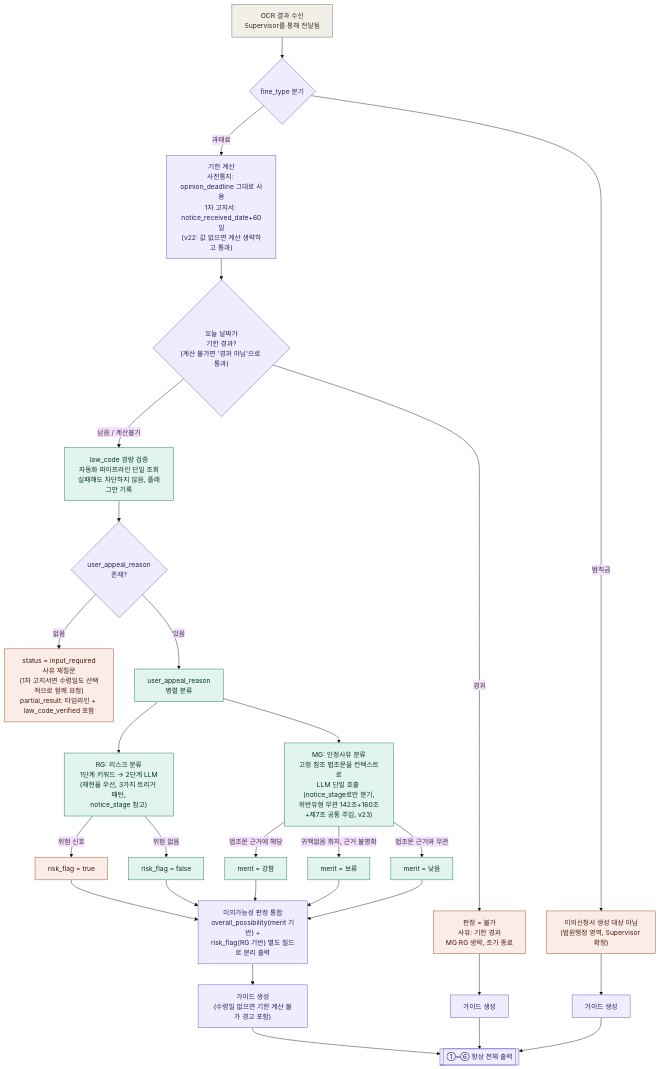
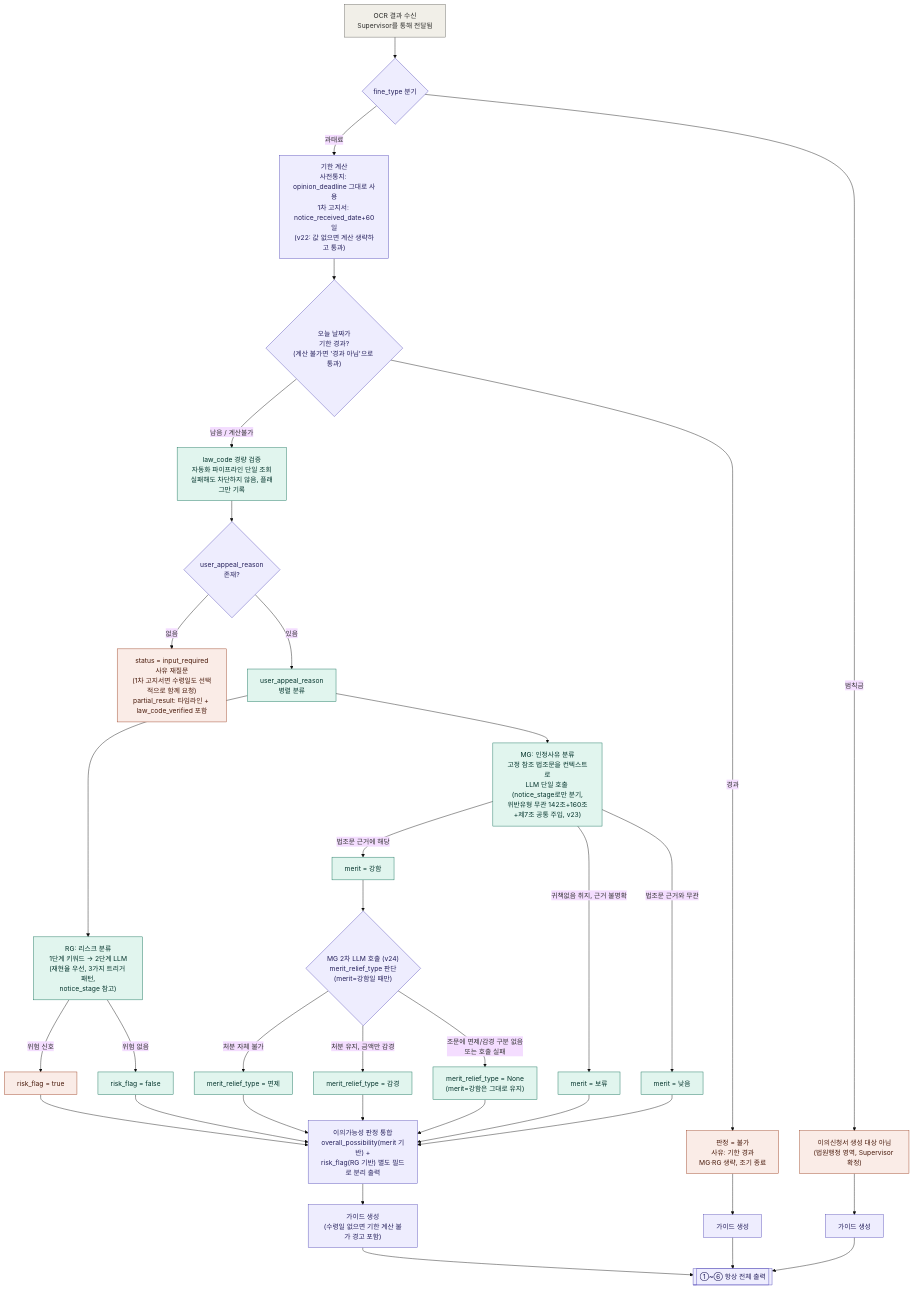
Before and after one commit to SKNETWORKS-FAMILY-AICAMP/SKN27-FINAL-3Team: the first of 2 diagrams in docs/architecture/appeal-judgment/이의가능성_판단_에이전트_설계정리.md, drawn with Mermaid (base theme). The commit also changed other lines of this file and 3 other files, not shown here.

````diff
--- a/docs/architecture/appeal-judgment/이의가능성_판단_에이전트_설계정리.md
+++ b/docs/architecture/appeal-judgment/이의가능성_판단_에이전트_설계정리.md
@@ -28,52 +28,59 @@
 ```mermaid
 flowchart TD
     A["OCR 결과 수신<br/>Supervisor를 통해 전달됨"]
     A --> B{"fine_type 분기"}
 
     B -->|"범칙금"| D["이의신청서 생성 대상 아님<br/>(법원행정 영역, Supervisor 확정)"]
     B -->|"과태료"| DL["기한 계산<br/>사전통지: opinion_deadline 그대로 사용<br/>1차 고지서: notice_received_date+60일<br/>(v22: 값 없으면 계산 생략하고 통과)"]
 
     DL --> DCHK{"오늘 날짜가<br/>기한 경과?<br/>(계산 불가면 '경과 아님'으로 통과)"}
     DCHK -->|"경과"| DENY["판정 = 불가<br/>사유: 기한 경과<br/>MG·RG 생략, 조기 종료"]
     DCHK -->|"남음 / 계산불가"| LDB_CHECK["law_code 경량 검증<br/>자동화 파이프라인 단일 조회<br/>실패해도 차단하지 않음, 플래그만 기록"]
     LDB_CHECK --> CHK_REASON{"user_appeal_reason<br/>존재?"}
     CHK_REASON -->|"없음"| INPUT_REQ["status = input_required<br/>사유 재질문<br/>(1차 고지서면 수령일도 선택적으로 함께 요청)<br/>partial_result: 타임라인 + law_code_verified 포함"]
     CHK_REASON -->|"있음"| PARALLEL["user_appeal_reason<br/>병렬 분류"]
 
     PARALLEL --> RG["RG: 리스크 분류<br/>1단계 키워드 → 2단계 LLM<br/>(재현율 우선, 3가지 트리거 패턴,<br/>notice_stage 참고)"]
     PARALLEL --> MG["MG: 인정사유 분류<br/>고정 참조 법조문을 컨텍스트로<br/>LLM 단일 호출 (notice_stage로만 분기,<br/>위반유형 무관 142조+160조+제7조 공통 주입, v23)"]
 
     RG -->|"위험 신호"| RISK["risk_flag = true"]
     RG -->|"위험 없음"| SAFE["risk_flag = false"]
 
     MG -->|"법조문 근거에 해당"| M_HIGH["merit = 강함"]
     MG -->|"귀책없음 취지, 근거 불명확"| M_HOLD["merit = 보류"]
     MG -->|"법조문 근거와 무관"| M_LOW["merit = 낮음"]
 
-    RISK & SAFE & M_HIGH & M_HOLD & M_LOW --> E["이의가능성 판정 통합<br/>overall_possibility(merit 기반) +<br/>risk_flag(RG 기반) 별도 필드로 분리 출력"]
+    M_HIGH --> REL{"MG 2차 LLM 호출 (v24)<br/>merit_relief_type 판단<br/>(merit=강함일 때만)"}
+    REL -->|"처분 자체 불가"| REL_EXEMPT["merit_relief_type = 면제"]
+    REL -->|"처분 유지, 금액만 감경"| REL_REDUCE["merit_relief_type = 감경"]
+    REL -->|"조문에 면제/감경 구분 없음<br/>또는 호출 실패"| REL_NONE["merit_relief_type = None<br/>(merit=강함은 그대로 유지)"]
+
+    RISK & SAFE & REL_EXEMPT & REL_REDUCE & REL_NONE & M_HOLD & M_LOW --> E["이의가능성 판정 통합<br/>overall_possibility(merit 기반) +<br/>risk_flag(RG 기반) 별도 필드로 분리 출력"]
 
     DENY --> G2["가이드 생성"]
     E --> G["가이드 생성<br/>(수령일 없으면 기한 계산 불가 경고 포함)"]
     D --> G3["가이드 생성"]
 
     G & G2 & G3 --> GOUT[["①~⑥ 항상 전체 출력"]]
 
     classDef input fill:#F1EFE8,stroke:#5F5E5A,color:#2C2C2A;
     classDef decision fill:#EEEDFE,stroke:#534AB7,color:#26215C;
     classDef track fill:#E1F5EE,stroke:#0F6E56,color:#04342C;
     classDef risk fill:#FAECE7,stroke:#993C1D,color:#4A1B0C;
     classDef safe fill:#E1F5EE,stroke:#0F6E56,color:#04342C;
     classDef output fill:#EEEDFE,stroke:#534AB7,color:#26215C;
     classDef excluded fill:#FAECE7,stroke:#993C1D,color:#4A1B0C;
 
     class A input;
     class B,DCHK,CHK_REASON decision;
     class DL decision;
     class PARALLEL,RG,MG track;
     class D,DENY,INPUT_REQ excluded;
     class LDB_CHECK track;
     class RISK risk;
     class SAFE,M_HIGH safe;
+    class REL decision;
+    class REL_EXEMPT,REL_REDUCE,REL_NONE track;
     class M_HOLD,M_LOW track;
     class E,G,G2,G3,GOUT output;
 ```
````
